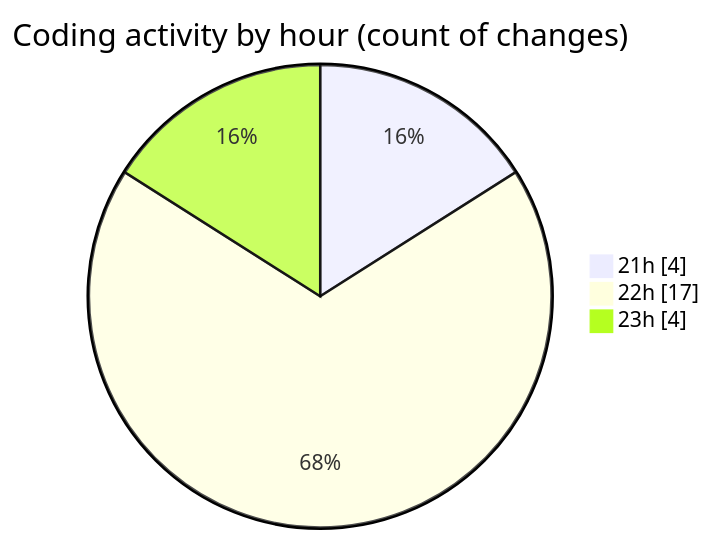
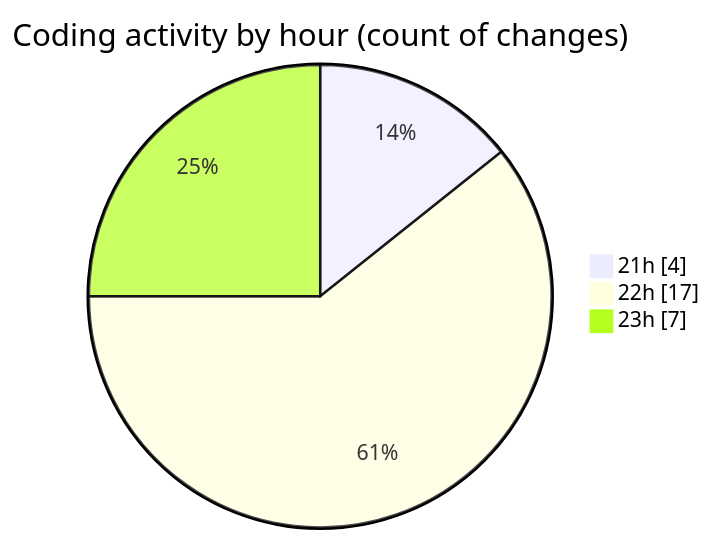
The second of 2 diagrams in 2025-06-17/studio-backend/README.md (idhammustaqopulfikri/code-tracking), drawn with Mermaid before and after one commit. The commit also changed other lines of this file and 1 other file, not shown here.

````diff
--- a/2025-06-17/studio-backend/README.md
+++ b/2025-06-17/studio-backend/README.md
@@ -32,7 +32,7 @@
 ```mermaid
 pie showData
 title Coding activity by hour (count of changes)
 "21h" : 4
 "22h" : 17
-"23h" : 4
+"23h" : 7
 ```
````
